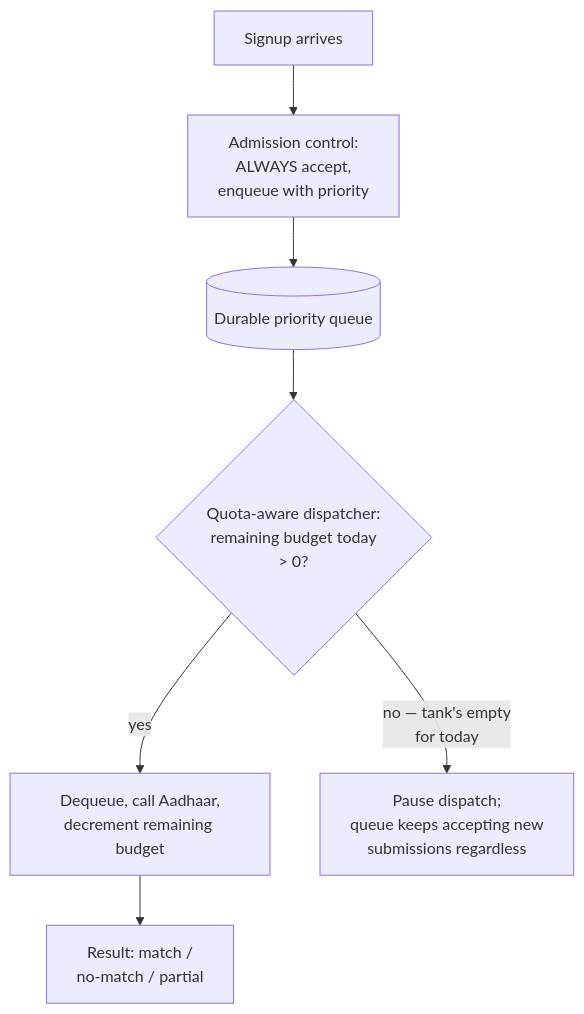
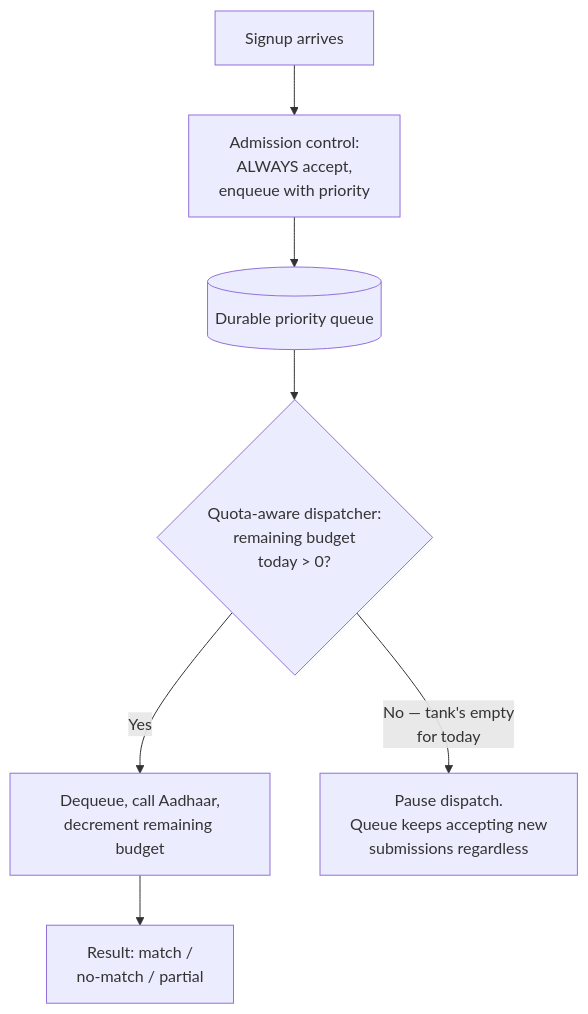
One commit to riyaz-pasha/Learnings changed the fifth of 13 diagrams in system-design/HLD/0-course/50-National-ID-KYC-Verification-System-FAANG-Guide-story.md. Above: the diagram before and after it, drawn with Mermaid. The commit also changed other lines of this file and 1 other file, not shown here.

Commit message:
[REWRITE] National ID KYC Verification story guide: simplify prose, add structure, fix diagrams

````diff
--- a/system-design/HLD/0-course/50-National-ID-KYC-Verification-System-FAANG-Guide-story.md
+++ b/system-design/HLD/0-course/50-National-ID-KYC-Verification-System-FAANG-Guide-story.md
@@ -216,9 +330,9 @@
 ```mermaid
 flowchart TD
-    A["Signup arrives"] --> B["Admission control:\nALWAYS accept,\nenqueue with priority"]
+    A["Signup arrives"] --> B["Admission control:<br/>ALWAYS accept,<br/>enqueue with priority"]
     B --> C[("Durable priority queue")]
-    C --> D{"Quota-aware dispatcher:\nremaining budget today\n> 0?"}
-    D -->|"yes"| E["Dequeue, call Aadhaar,\ndecrement remaining budget"]
-    D -->|"no — tank's empty\nfor today"| F["Pause dispatch;\nqueue keeps accepting new\nsubmissions regardless"]
-    E --> G["Result: match /\nno-match / partial"]
+    C --> D{"Quota-aware dispatcher:<br/>remaining budget<br/>today > 0?"}
+    D -->|"Yes"| E["Dequeue, call Aadhaar,<br/>decrement remaining budget"]
+    D -->|"No — tank's empty<br/>for today"| F["Pause dispatch.<br/>Queue keeps accepting new<br/>submissions regardless"]
+    E --> G["Result: match /<br/>no-match / partial"]
 ```
````
